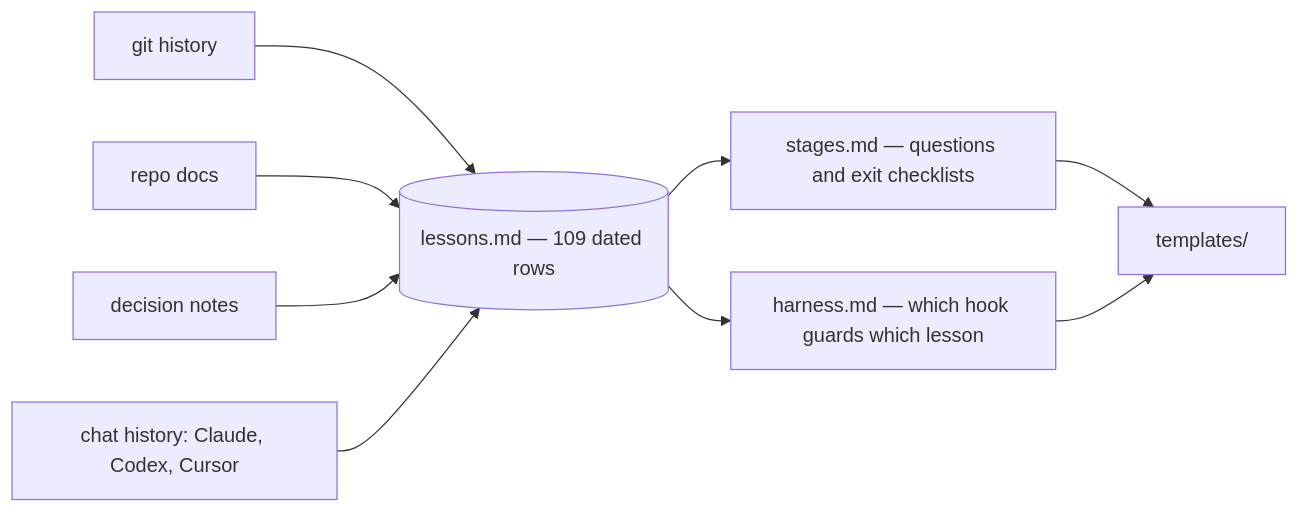
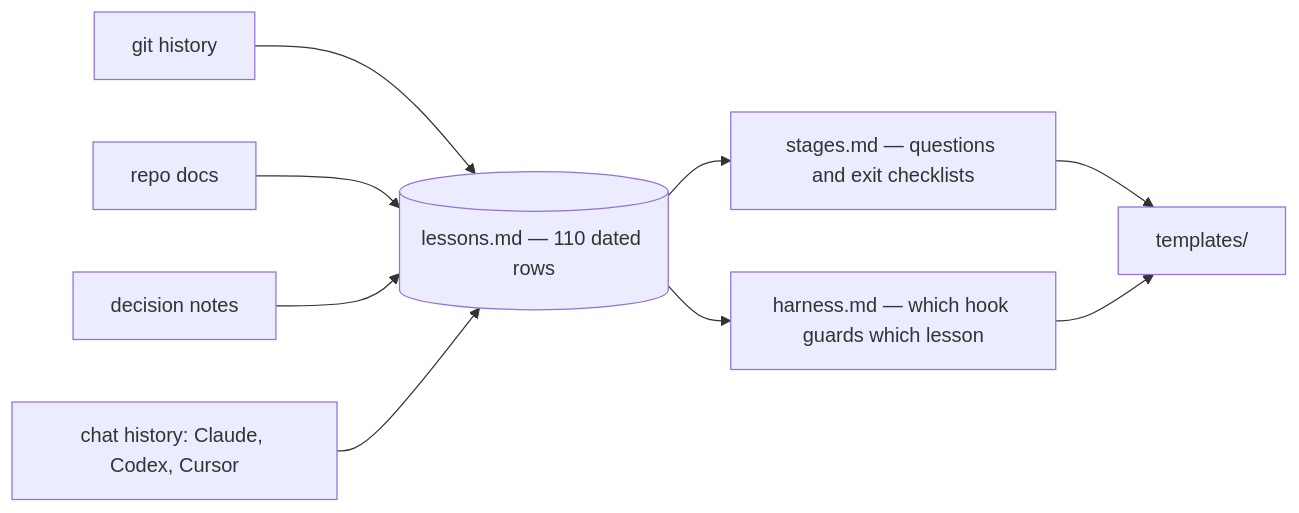
Before and after one commit to EranTzarum/project-kickoff: the second of 2 diagrams in README.md, drawn with Mermaid. The commit also changed other lines of this file and 9 other files, not shown here.

````diff
--- a/README.md
+++ b/README.md
@@ -236,11 +237,11 @@
 ```mermaid
 flowchart LR
     G["git history"] --> L
     D["repo docs"] --> L
     V["decision notes"] --> L
     C["chat history: Claude, Codex, Cursor"] --> L
-    L[("lessons.md — 109 dated rows")] --> S["stages.md — questions and exit checklists"]
+    L[("lessons.md — 110 dated rows")] --> S["stages.md — questions and exit checklists"]
     L --> H["harness.md — which hook guards which lesson"]
     S --> T["templates/"]
     H --> T
 ```
````
